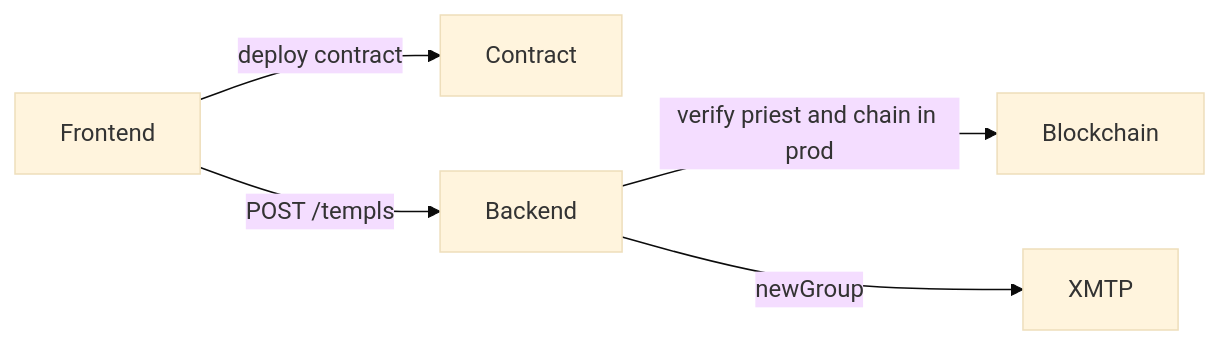
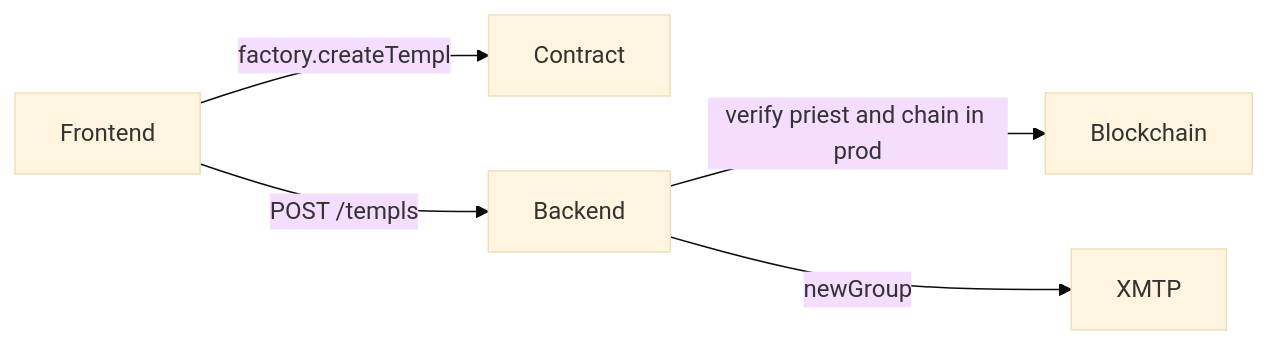
One commit to templ-fun/templ-evm-protocol changed the first of 11 diagrams in docs/CORE_FLOW_DOCS.MD. Above: the diagram before and after it, drawn with Mermaid (base theme). The commit also changed other lines of this file and 35 other files, not shown here.

Commit message:
feat: support templ factory fee configuration

````diff
--- a/docs/CORE_FLOW_DOCS.MD
+++ b/docs/CORE_FLOW_DOCS.MD
@@ -25,7 +25,7 @@
 ```mermaid
 flowchart LR
-    F[Frontend] -->|deploy contract| C[Contract]
+    F[Frontend] -->|factory.createTempl| C[Contract]
     F -->|POST /templs| B[Backend]
     B -->|verify priest and chain in prod| CHAIN[Blockchain]
     B -->|newGroup| X[XMTP]
 ```
````
